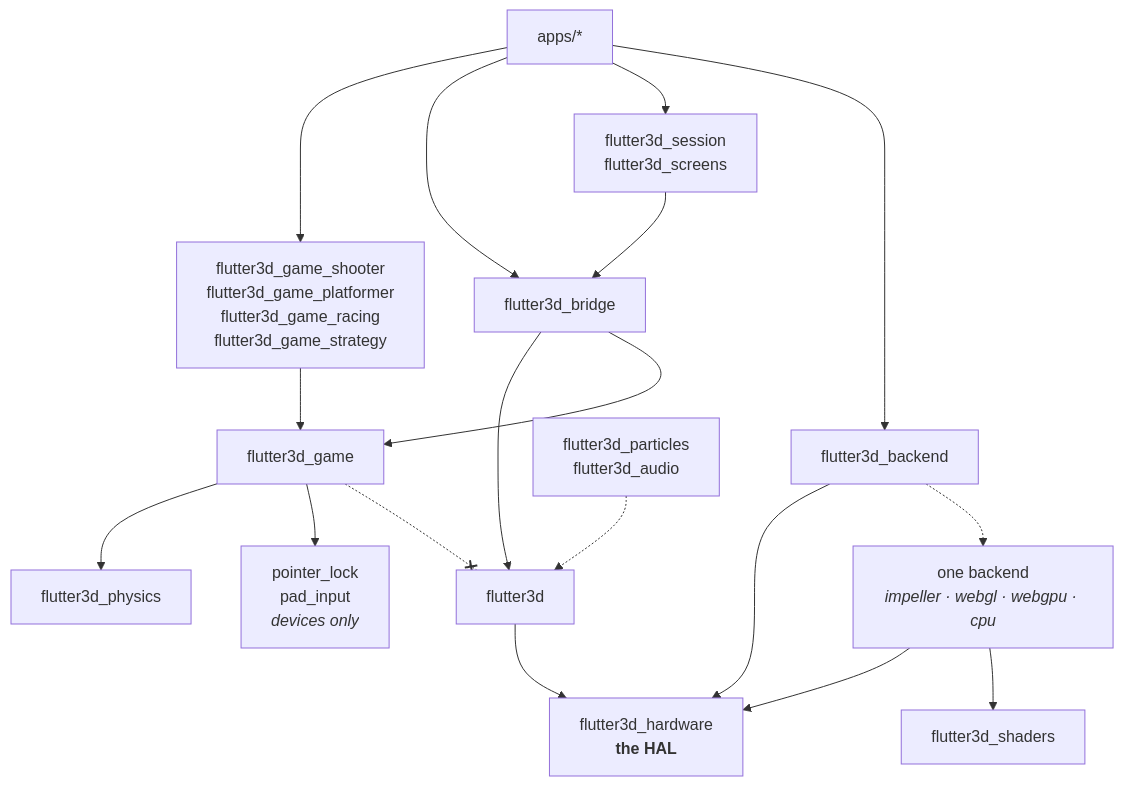
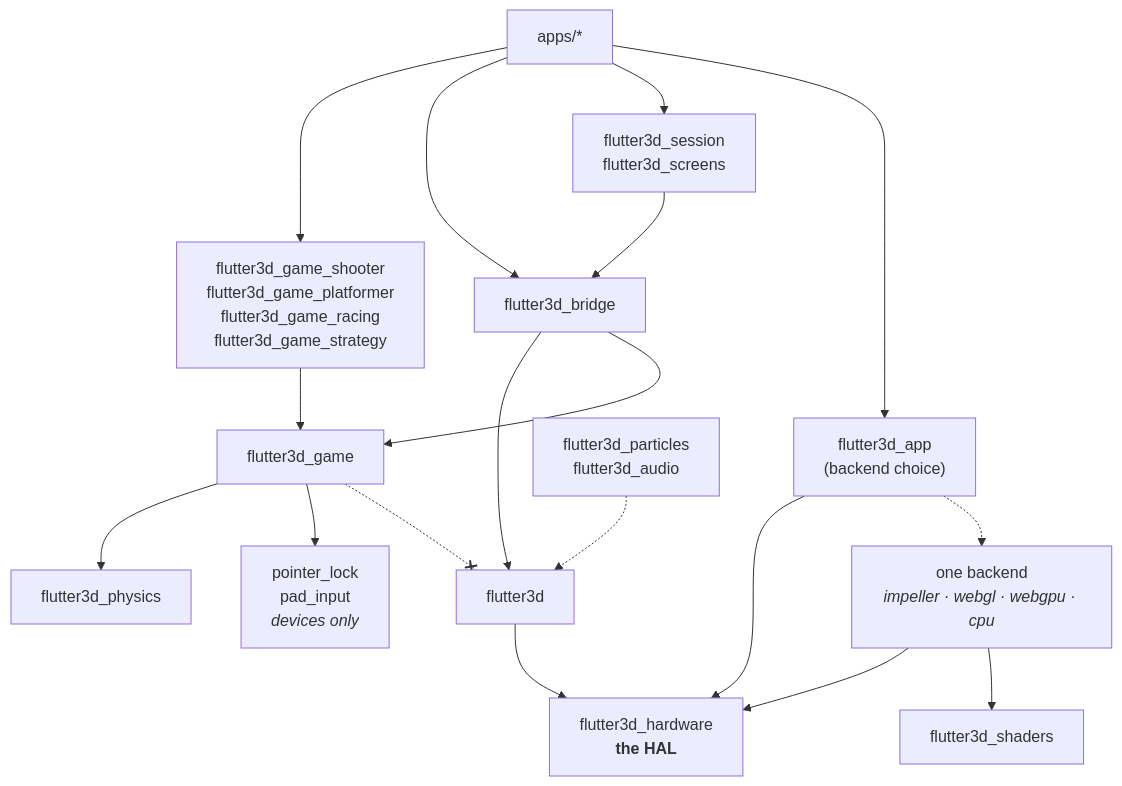
The diagram in site/content/reference/packages.md (pleiondev/flutter3d), drawn with Mermaid before and after one commit. The commit also changed other lines of this file and 53 other files, not shown here.

First line of the commit message:
The backend choice stops standing alone

````diff
--- a/site/content/reference/packages.md
+++ b/site/content/reference/packages.md
@@ -287,22 +286,22 @@
 ```mermaid
 flowchart TB
   apps["apps/*"] --> genres["flutter3d_game_shooter<br>flutter3d_game_platformer<br>flutter3d_game_racing<br>flutter3d_game_strategy"]
   apps --> bridge["flutter3d_bridge"]
   apps --> session["flutter3d_session<br>flutter3d_screens"]
-  apps --> picker["flutter3d_backend"]
+  apps --> picker["flutter3d_app<br>(backend choice)"]
   picker --> gfx["flutter3d_hardware<br><b>the HAL</b>"]
   picker -.-> onebackend["one backend<br><i>impeller · webgl · webgpu · cpu</i>"]
   session --> bridge
   genres --> game["flutter3d_game"]
   bridge --> engine["flutter3d"]
   bridge --> game
   game --> physics["flutter3d_physics"]
   engine --> gfx
   onebackend --> gfx
   onebackend --> shaders["flutter3d_shaders"]
   extras["flutter3d_particles<br>flutter3d_audio"] -.-> engine
   game --> devices["pointer_lock<br>pad_input<br><i>devices only</i>"]
 
   classDef forbidden stroke-dasharray: 4 3
   game -.-x engine
 ```
````
